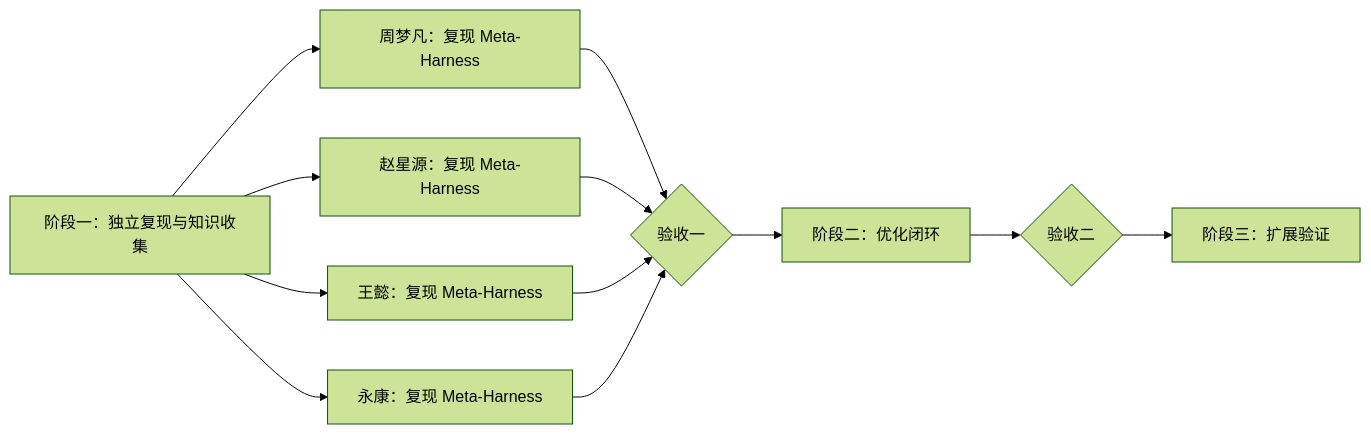
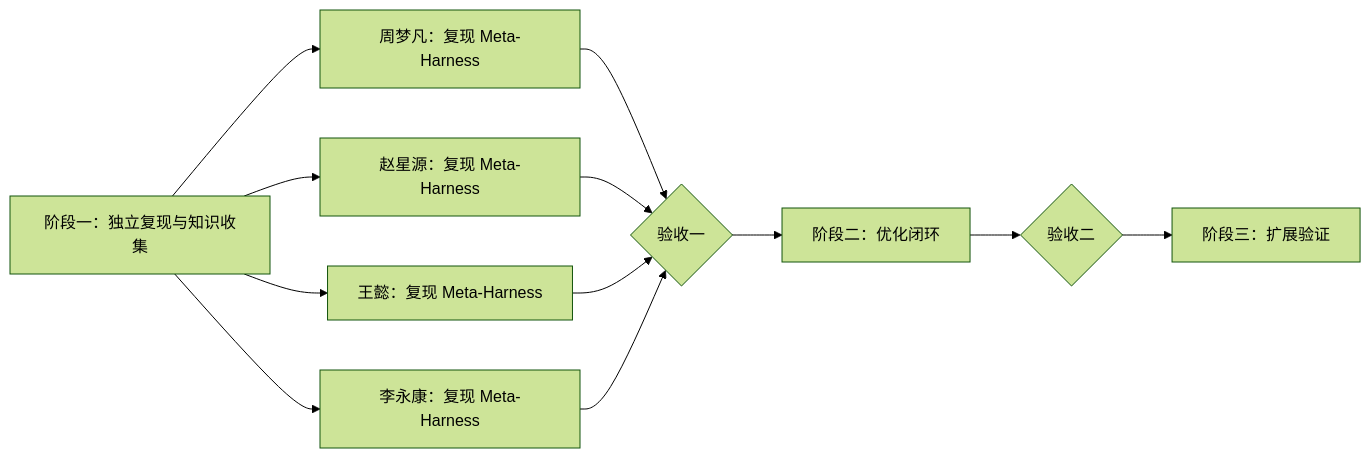
One commit to estreallaxy/knowledge-guided-harness-evolution changed the diagram in docs/team-execution-plan.md. Above: the diagram before and after it, drawn with Mermaid (forest theme). The commit also changed other lines of this file and 112 other files, not shown here.

````diff
--- a/docs/team-execution-plan.md
+++ b/docs/team-execution-plan.md
@@ -5,14 +5,14 @@
 ```mermaid
 flowchart LR
     A[阶段一：独立复现与知识收集] --> A1[周梦凡：复现 Meta-Harness]
     A --> A2[赵星源：复现 Meta-Harness]
     A --> A3[王懿：复现 Meta-Harness]
-    A --> A4[永康：复现 Meta-Harness]
+    A --> A4[李永康：复现 Meta-Harness]
     A1 --> B{验收一}
     A2 --> B
     A3 --> B
     A4 --> B
     B --> C[阶段二：优化闭环]
     C --> D{验收二}
     D --> E[阶段三：扩展验证]
 ```
````
